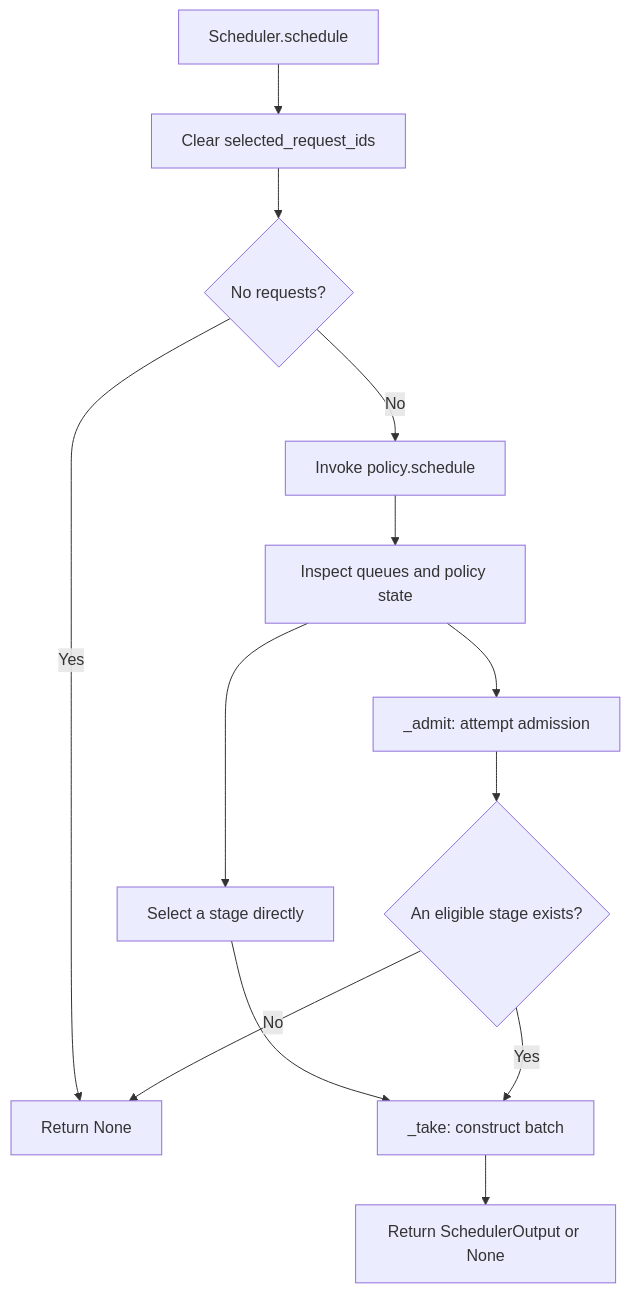
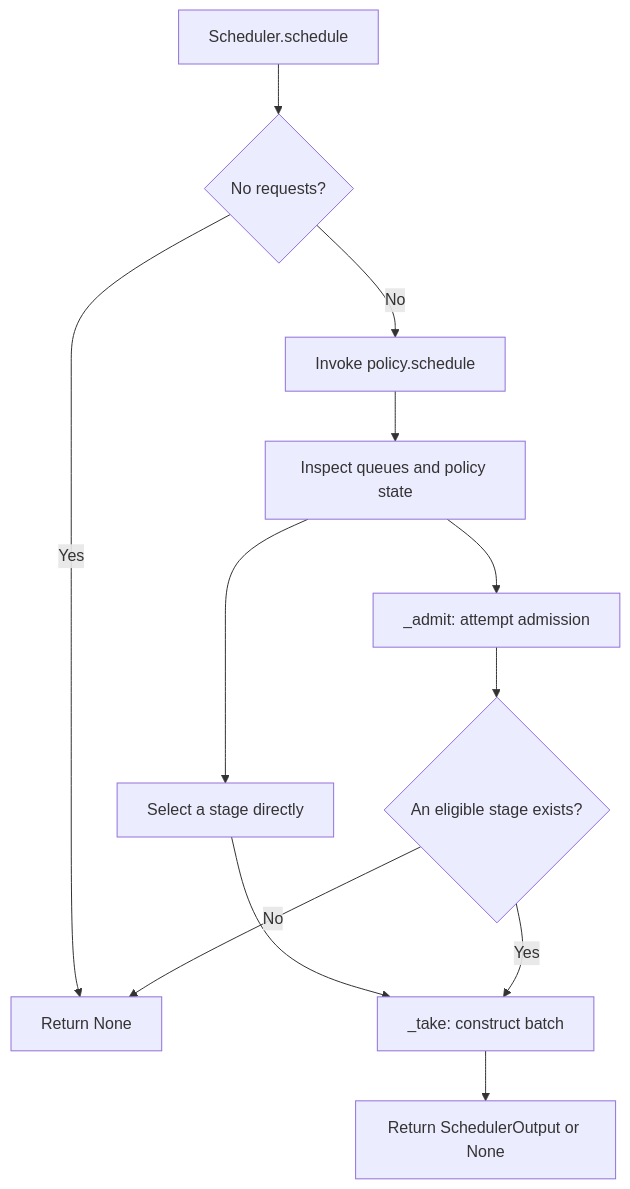
Before and after one commit to 0z5a/vllm-rlt: the first of 5 diagrams in docs/scheduler_walkthrough.md, drawn with Mermaid. The commit also changed other lines of this file and 4 other files, not shown here.

````diff
--- a/docs/scheduler_walkthrough.md
+++ b/docs/scheduler_walkthrough.md
@@ -175,15 +175,14 @@
 ```mermaid
 flowchart TD
-    A["Scheduler.schedule"] --> B["Clear selected_request_ids"]
-    B --> C{"No requests?"}
+    A["Scheduler.schedule"] --> C{"No requests?"}
     C -- Yes --> N["Return None"]
     C -- No --> D["Invoke policy.schedule"]
     D --> E["Inspect queues and policy state"]
     E --> F["Select a stage directly"]
     E --> G["_admit: attempt admission"]
     G --> H{"An eligible stage exists?"}
     H -- No --> N
     F --> T["_take: construct batch"]
     H -- Yes --> T
     T --> R["Return SchedulerOutput or None"]
 ```
````
